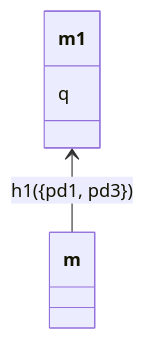
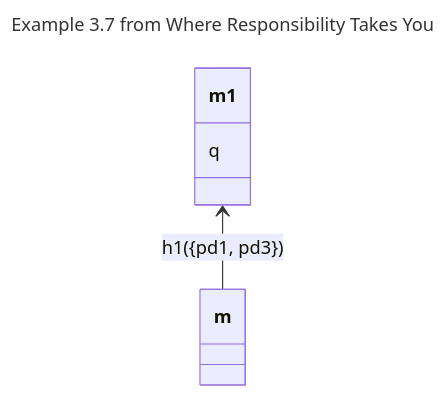
The diagram in streamlit_app/models/3.7_partial.mmd (bparsia/alon-streamlit-app), drawn with Mermaid before and after one commit. The commit also changed 4 other files, not shown here.

```diff
--- a/streamlit_app/models/3.7_partial.mmd
+++ b/streamlit_app/models/3.7_partial.mmd
@@ -1,22 +1,24 @@
 ---
+title: Example 3.7 from Where Responsibility Takes You
+description: Structurally, this is similar to 3.1 (only one history, h1, has the successful, non-negated outcome), so we only need specify the h1 successor.
 type: DBT
 actions:
   1:
     - pd
     - ss
   3:
     - pd
     - ss
 aliases:
   1: Alice
   3: Carl
   pd: push Dan
   q: Dan dies
   ss: stands still
 ---
 classDiagram
 direction BT
   class m {
   }
   m --> m1 : h1({pd1, pd3})
   m1: q
```
